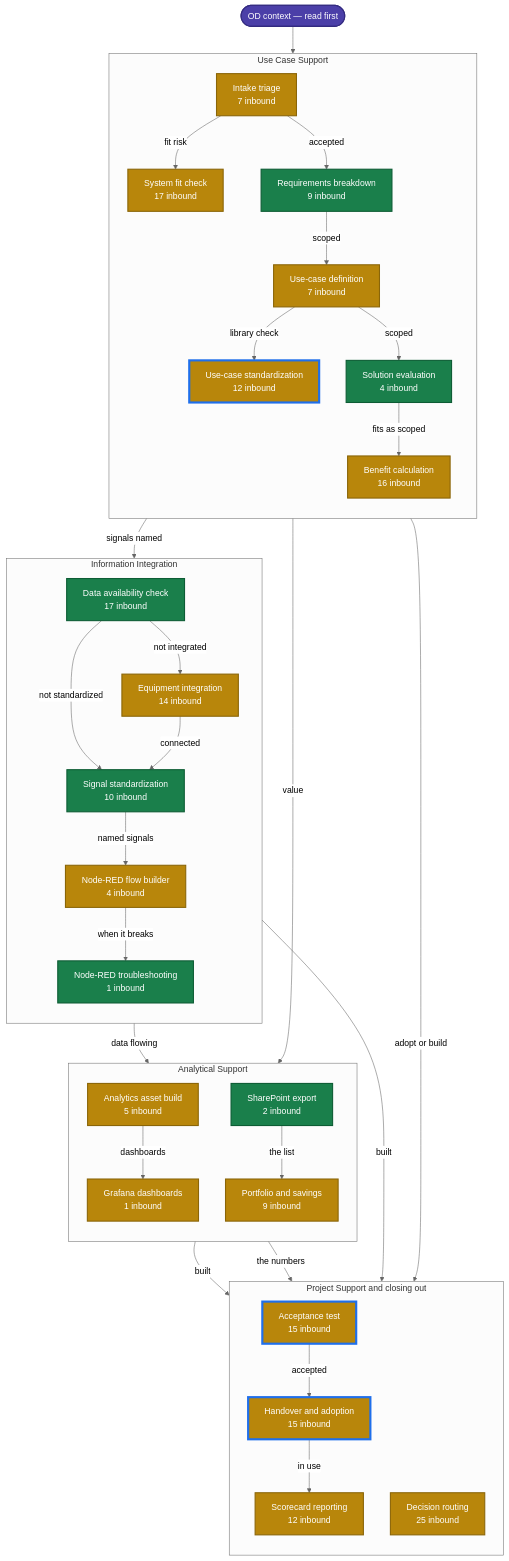
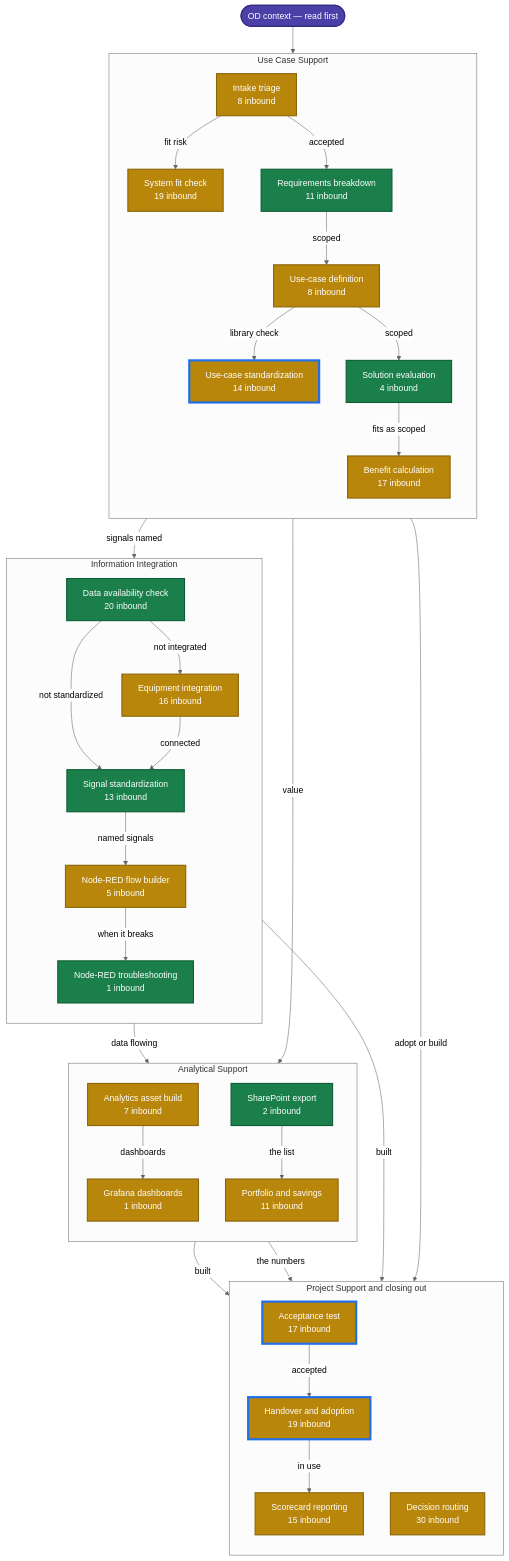
Before and after one commit to ops-digit-io/operations-digitalization-skill-registry: the diagram in docs/skill-state-map.md, drawn with Mermaid (neutral theme). The commit also changed other lines of this file and 266 other files, not shown here.

````diff
--- a/docs/skill-state-map.md
+++ b/docs/skill-state-map.md
@@ -20,69 +20,69 @@
 ```mermaid
 flowchart TD
     ctx(["OD context — read first"])
     subgraph UC["Use Case Support"]
     direction TB
-        od_use_case_intake_triage["Intake triage<br/>7 inbound"]
-        od_system_fit_check["System fit check<br/>17 inbound"]
-        od_requirements_breakdown["Requirements breakdown<br/>9 inbound"]
-        od_use_case_definition["Use-case definition<br/>7 inbound"]
+        od_use_case_intake_triage["Intake triage<br/>8 inbound"]
+        od_system_fit_check["System fit check<br/>19 inbound"]
+        od_requirements_breakdown["Requirements breakdown<br/>11 inbound"]
+        od_use_case_definition["Use-case definition<br/>8 inbound"]
         od_use_case_solution_evaluation["Solution evaluation<br/>4 inbound"]
-        od_use_case_standardization["Use-case standardization<br/>12 inbound"]
-        od_benefit_calculation["Benefit calculation<br/>16 inbound"]
+        od_use_case_standardization["Use-case standardization<br/>14 inbound"]
+        od_benefit_calculation["Benefit calculation<br/>17 inbound"]
     end
     subgraph II["Information Integration"]
     direction TB
-        od_data_availability_check["Data availability check<br/>17 inbound"]
-        od_equipment_integration["Equipment integration<br/>14 inbound"]
-        od_signal_standardization["Signal standardization<br/>10 inbound"]
-        od_node_red_flow_builder["Node-RED flow builder<br/>4 inbound"]
+        od_data_availability_check["Data availability check<br/>20 inbound"]
+        od_equipment_integration["Equipment integration<br/>16 inbound"]
+        od_signal_standardization["Signal standardization<br/>13 inbound"]
+        od_node_red_flow_builder["Node-RED flow builder<br/>5 inbound"]
         od_node_red_flow_troubleshooting["Node-RED troubleshooting<br/>1 inbound"]
     end
     subgraph AS["Analytical Support"]
     direction TB
-        od_analytics_asset_build["Analytics asset build<br/>5 inbound"]
+        od_analytics_asset_build["Analytics asset build<br/>7 inbound"]
         build_grafana_ops_dashboard["Grafana dashboards<br/>1 inbound"]
-        od_portfolio_and_savings_analysis["Portfolio and savings<br/>9 inbound"]
+        od_portfolio_and_savings_analysis["Portfolio and savings<br/>11 inbound"]
         od_sharepoint_list_export["SharePoint export<br/>2 inbound"]
     end
     subgraph PS["Project Support and closing out"]
     direction TB
-        od_acceptance_test["Acceptance test<br/>15 inbound"]
-        od_handover_and_adoption["Handover and adoption<br/>15 inbound"]
-        od_scorecard_reporting["Scorecard reporting<br/>12 inbound"]
-        od_decision_routing["Decision routing<br/>25 inbound"]
+        od_acceptance_test["Acceptance test<br/>17 inbound"]
+        od_handover_and_adoption["Handover and adoption<br/>19 inbound"]
+        od_scorecard_reporting["Scorecard reporting<br/>15 inbound"]
+        od_decision_routing["Decision routing<br/>30 inbound"]
     end
     od_use_case_intake_triage -->|fit risk| od_system_fit_check
     od_use_case_intake_triage -->|accepted| od_requirements_breakdown
     od_requirements_breakdown -->|scoped| od_use_case_definition
     od_requirements_breakdown -->|signals named| od_data_availability_check
     od_use_case_definition -->|library check| od_use_case_standardization
     od_use_case_definition -->|scoped| od_use_case_solution_evaluation
     od_use_case_solution_evaluation -->|fits as scoped| od_benefit_calculation
     od_data_availability_check -->|not integrated| od_equipment_integration
     od_data_availability_check -->|not standardized| od_signal_standardization
     od_equipment_integration -->|connected| od_signal_standardization
     od_signal_standardization -->|named signals| od_node_red_flow_builder
     od_node_red_flow_builder -->|when it breaks| od_node_red_flow_troubleshooting
     od_node_red_flow_builder -->|data flowing| od_analytics_asset_build
     od_analytics_asset_build -->|dashboards| build_grafana_ops_dashboard
     od_analytics_asset_build -->|built| od_acceptance_test
     od_node_red_flow_builder -->|built| od_acceptance_test
     od_acceptance_test -->|accepted| od_handover_and_adoption
     od_handover_and_adoption -->|in use| od_scorecard_reporting
     od_benefit_calculation -->|value| od_portfolio_and_savings_analysis
     od_sharepoint_list_export -->|the list| od_portfolio_and_savings_analysis
     od_portfolio_and_savings_analysis -->|the numbers| od_scorecard_reporting
     od_use_case_standardization -->|adopt or build| od_decision_routing
     ctx --> od_use_case_intake_triage
 
     classDef deep fill:#1a7f4b,stroke:#0d5c34,color:#ffffff,stroke-width:2px;
     classDef documented fill:#b8860b,stroke:#8a6508,color:#ffffff,stroke-width:2px;
     classDef stub fill:#e8e8e8,stroke:#9a9a9a,color:#333333,stroke-dasharray:4 3;
     classDef nxt stroke:#1f6feb,stroke-width:4px;
     classDef ctx fill:#4b3fa8,stroke:#332a80,color:#ffffff,stroke-width:2px;
     class od_requirements_breakdown,od_use_case_solution_evaluation,od_data_availability_check,od_sharepoint_list_export,od_signal_standardization,od_node_red_flow_troubleshooting deep;
     class od_use_case_intake_triage,od_system_fit_check,od_use_case_definition,od_benefit_calculation,od_use_case_standardization,od_equipment_integration,od_acceptance_test,od_handover_and_adoption,od_analytics_asset_build,od_scorecard_reporting,od_portfolio_and_savings_analysis,od_decision_routing,build_grafana_ops_dashboard,od_node_red_flow_builder documented;
     class od_acceptance_test,od_use_case_standardization,od_handover_and_adoption nxt;
     class ctx ctx;
 ```
````
